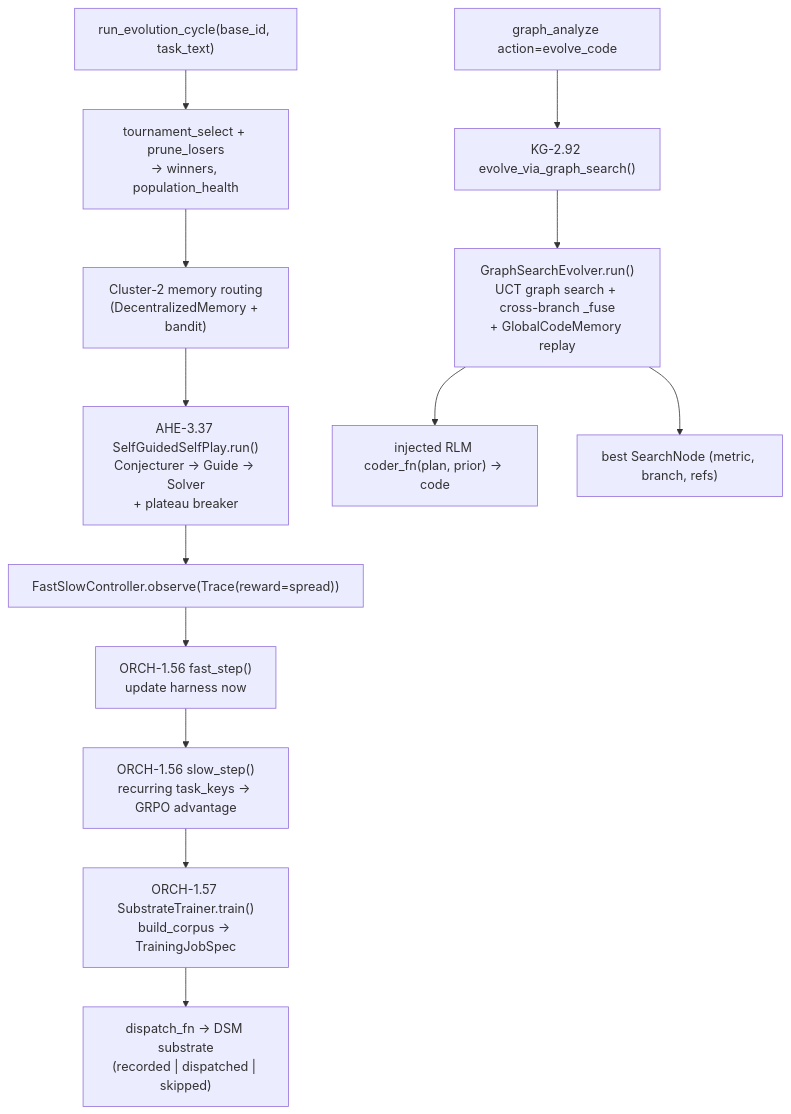
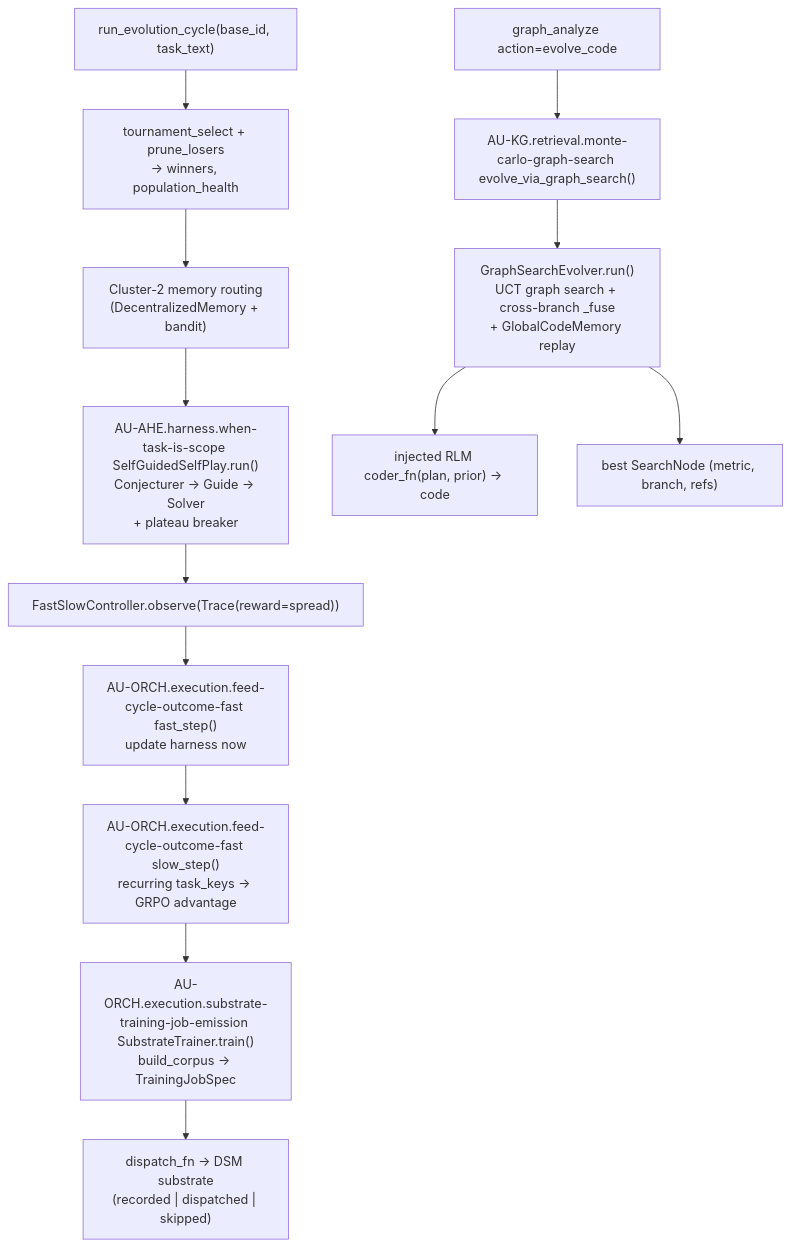
Before and after one commit to Knuckles-Team/agent-utilities: the fourth of 8 diagrams in docs/architecture/multi_source_assimilation.md, drawn with Mermaid. The commit also changed other lines of this file and 2324 other files, not shown here.

````diff
--- a/docs/architecture/multi_source_assimilation.md
+++ b/docs/architecture/multi_source_assimilation.md
@@ -232,16 +232,16 @@
 ```mermaid
 flowchart TD
     START["run_evolution_cycle(base_id, task_text)"] --> TS["tournament_select + prune_losers<br/>→ winners, population_health"]
     TS --> MEM["Cluster-2 memory routing<br/>(DecentralizedMemory + bandit)"]
-    MEM --> SP["AHE-3.37 SelfGuidedSelfPlay.run()<br/>Conjecturer → Guide → Solver<br/>+ plateau breaker"]
+    MEM --> SP["AU-AHE.harness.when-task-is-scope SelfGuidedSelfPlay.run()<br/>Conjecturer → Guide → Solver<br/>+ plateau breaker"]
     SP --> OBS["FastSlowController.observe(Trace(reward=spread))"]
-    OBS --> FAST["ORCH-1.56 fast_step()<br/>update harness now"]
-    FAST --> SLOW["ORCH-1.56 slow_step()<br/>recurring task_keys → GRPO advantage"]
-    SLOW --> TRAIN["ORCH-1.57 SubstrateTrainer.train()<br/>build_corpus → TrainingJobSpec"]
+    OBS --> FAST["AU-ORCH.execution.feed-cycle-outcome-fast fast_step()<br/>update harness now"]
+    FAST --> SLOW["AU-ORCH.execution.feed-cycle-outcome-fast slow_step()<br/>recurring task_keys → GRPO advantage"]
+    SLOW --> TRAIN["AU-ORCH.execution.substrate-training-job-emission SubstrateTrainer.train()<br/>build_corpus → TrainingJobSpec"]
     TRAIN --> DISP["dispatch_fn → DSM substrate<br/>(recorded | dispatched | skipped)"]
 
-    EV["graph_analyze action=evolve_code"] --> GS2["KG-2.92 evolve_via_graph_search()"]
+    EV["graph_analyze action=evolve_code"] --> GS2["AU-KG.retrieval.monte-carlo-graph-search evolve_via_graph_search()"]
     GS2 --> MCGS["GraphSearchEvolver.run()<br/>UCT graph search + cross-branch _fuse<br/>+ GlobalCodeMemory replay"]
     MCGS --> CODER["injected RLM coder_fn(plan, prior) → code"]
     MCGS --> BEST["best SearchNode (metric, branch, refs)"]
 ```
````
